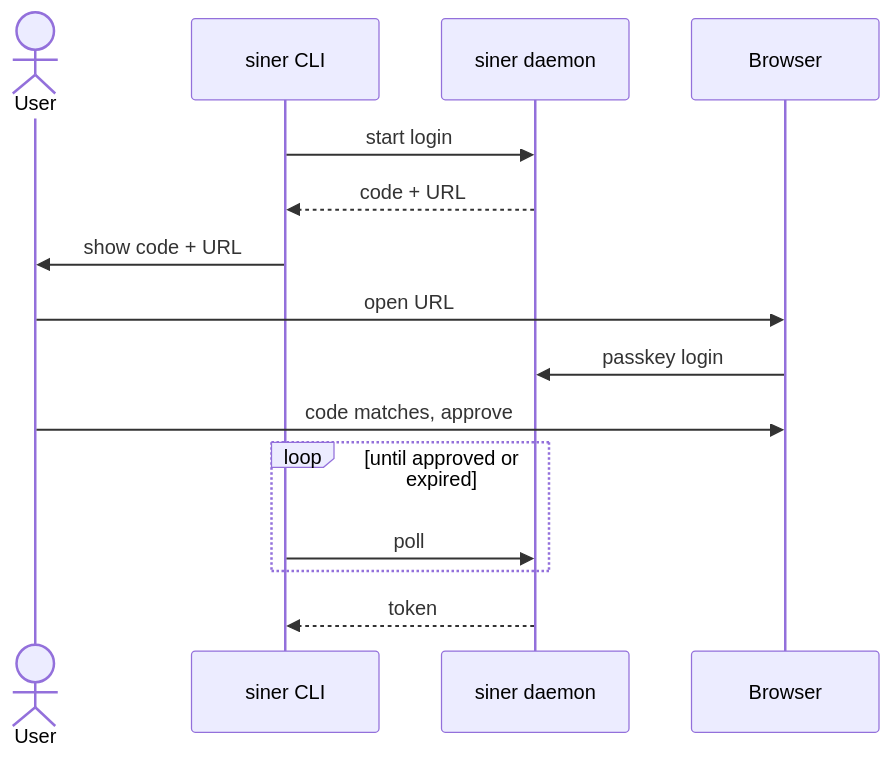
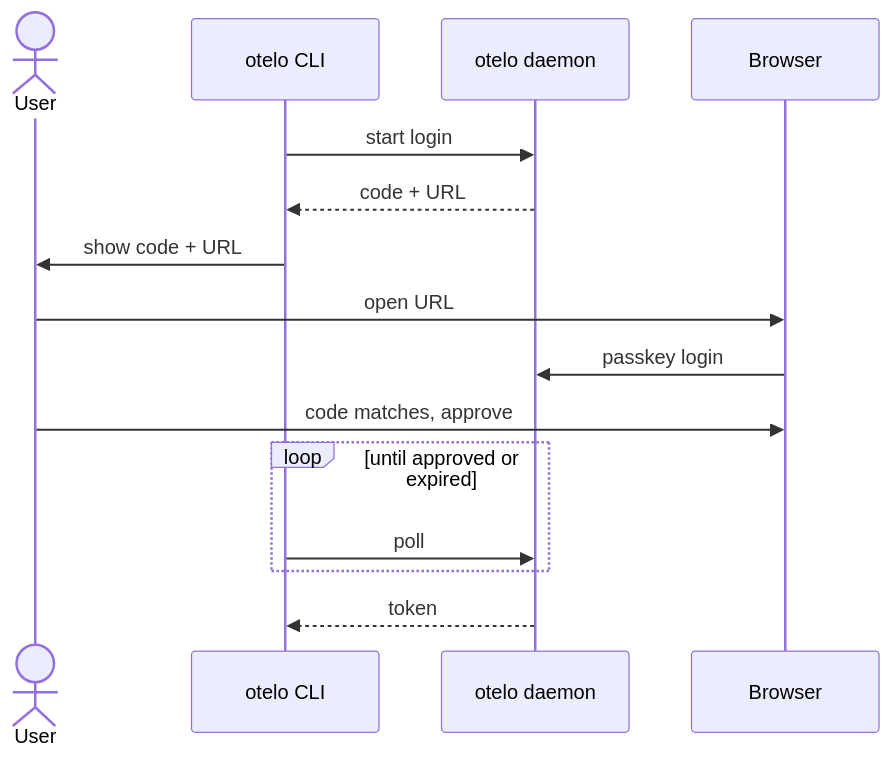
One commit to sukovanej/otelo changed the diagram in tasks/00013-authenticate-with-passkeys-and-s.md. Above: the diagram before and after it, drawn with Mermaid. The commit also changed other lines of this file, not shown here.

````diff
--- a/tasks/00013-authenticate-with-passkeys-and-s.md
+++ b/tasks/00013-authenticate-with-passkeys-and-s.md
@@ -26,17 +26,17 @@
 ```mermaid
 sequenceDiagram
   actor U as User
-  participant C as siner CLI
-  participant S as siner daemon
+  participant C as otelo CLI
+  participant S as otelo daemon
   participant B as Browser
   C->>S: start login
   S-->>C: code + URL
   C->>U: show code + URL
   U->>B: open URL
   B->>S: passkey login
   U->>B: code matches, approve
   loop until approved or expired
     C->>S: poll
   end
   S-->>C: token
 ```
````
